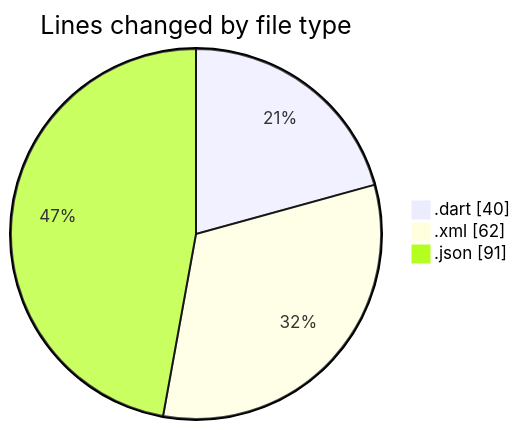
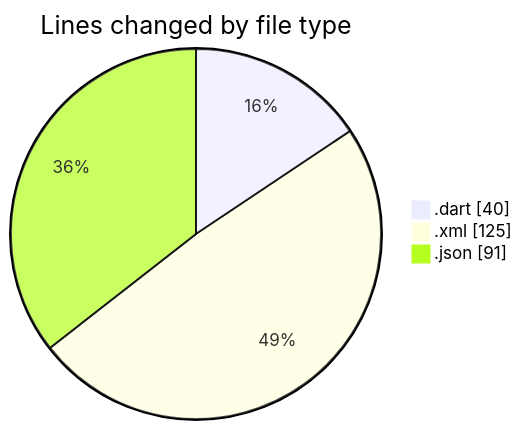
Before and after one commit to donsfak/code-tracking: the first of 2 diagrams in 2025-02-20/uber_clone/README.md, drawn with Mermaid. The commit also changed other lines of this file and 1 other file, not shown here.

````diff
--- a/2025-02-20/uber_clone/README.md
+++ b/2025-02-20/uber_clone/README.md
@@ -23,7 +23,7 @@
 ```mermaid
 pie showData
 title Lines changed by file type
 ".dart" : 40
-".xml" : 62
+".xml" : 125
 ".json" : 91
 ```
````
